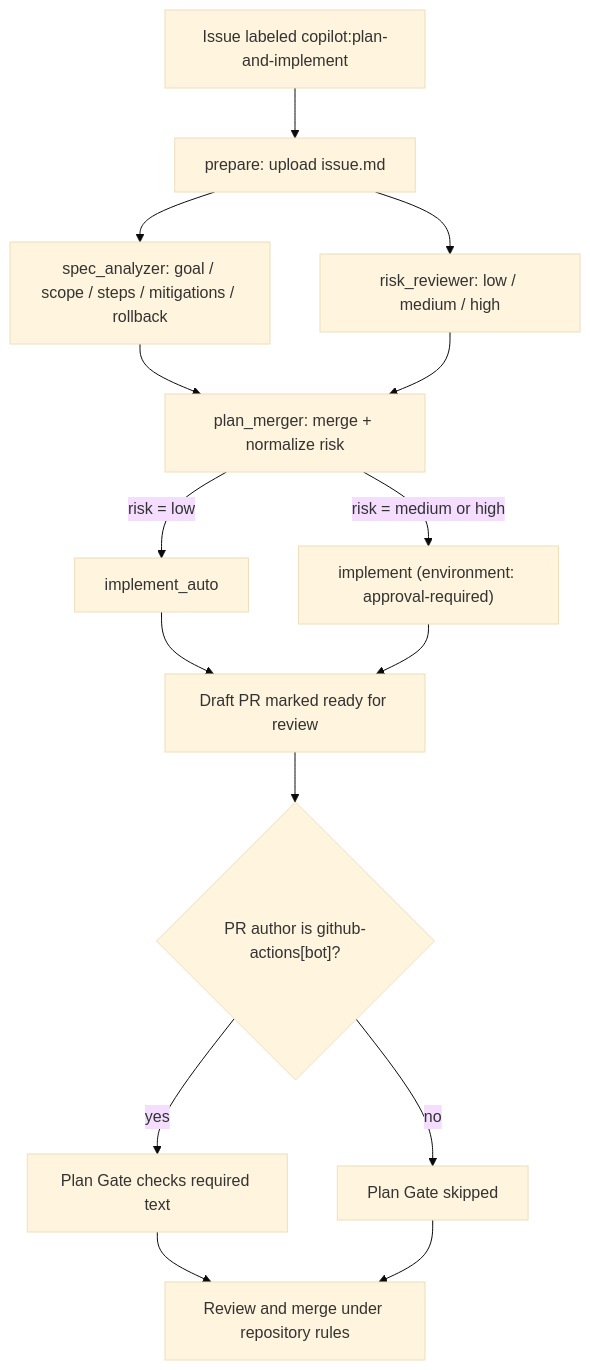
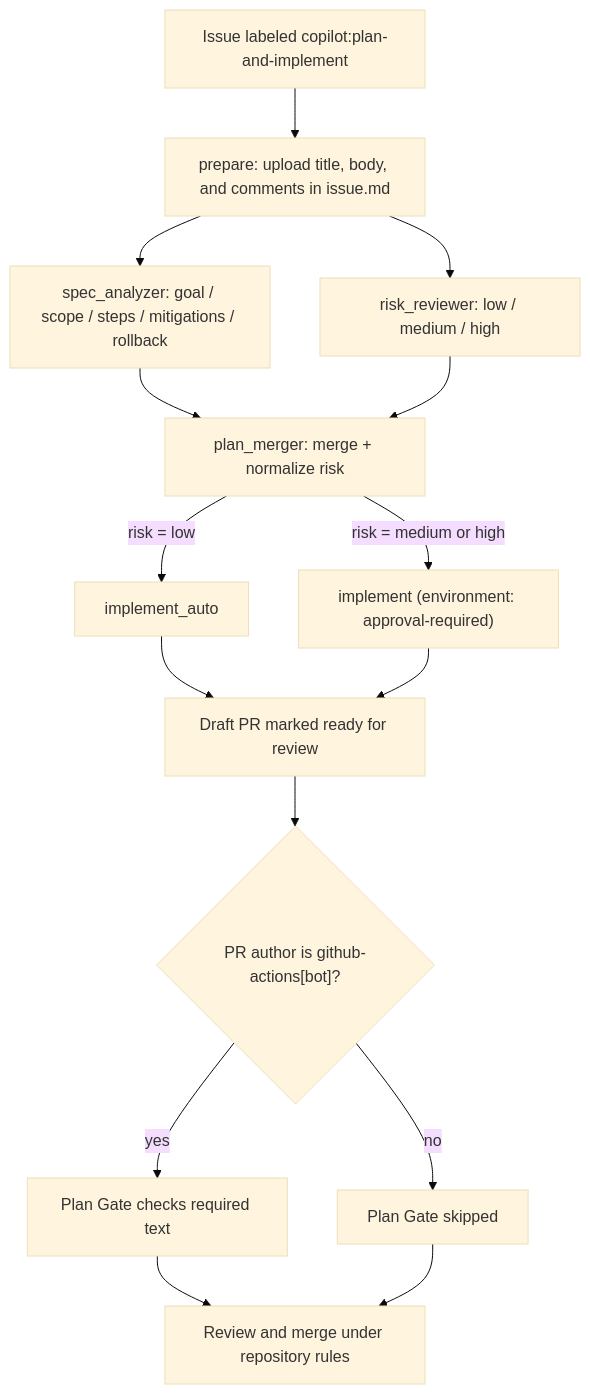
Before and after one commit to RickardHF/Autonomous-Developer-Workflows: the diagram in docs/agent-orchestration.md, drawn with Mermaid (base theme). The commit also changed other lines of this file and 4 other files, not shown here.

Commit message:
Enhance agent workflows to include issue comments and improve documentation

````diff
--- a/docs/agent-orchestration.md
+++ b/docs/agent-orchestration.md
@@ -153,17 +153,17 @@
 ```mermaid
 flowchart TD
-    A["Issue labeled copilot:plan-and-implement"] --> B["prepare: upload issue.md"]
+    A["Issue labeled copilot:plan-and-implement"] --> B["prepare: upload title, body, and comments in issue.md"]
     B --> C["spec_analyzer: goal / scope / steps / mitigations / rollback"]
     B --> D["risk_reviewer: low / medium / high"]
     C --> E["plan_merger: merge + normalize risk"]
     D --> E
     E -- "risk = low" --> F["implement_auto"]
     E -- "risk = medium or high" --> G["implement (environment: approval-required)"]
     F --> H["Draft PR marked ready for review"]
     G --> H
     H --> I{"PR author is github-actions[bot]?"}
     I -- "yes" --> J["Plan Gate checks required text"]
     I -- "no" --> K["Plan Gate skipped"]
     J --> L["Review and merge under repository rules"]
     K --> L
 ```
````
